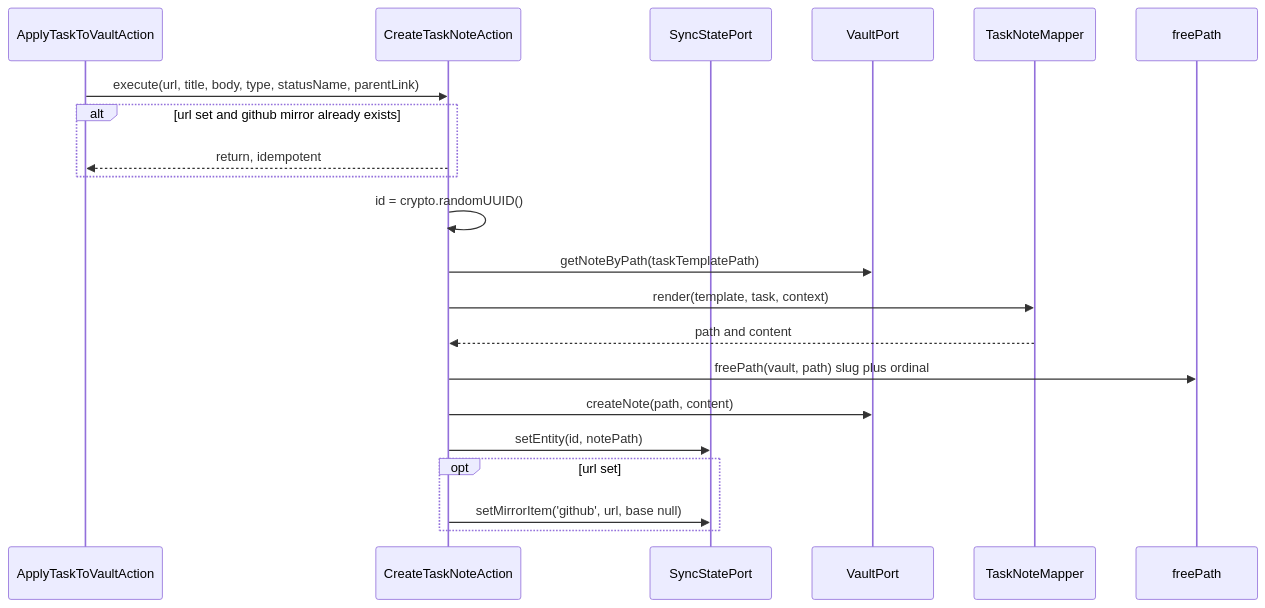
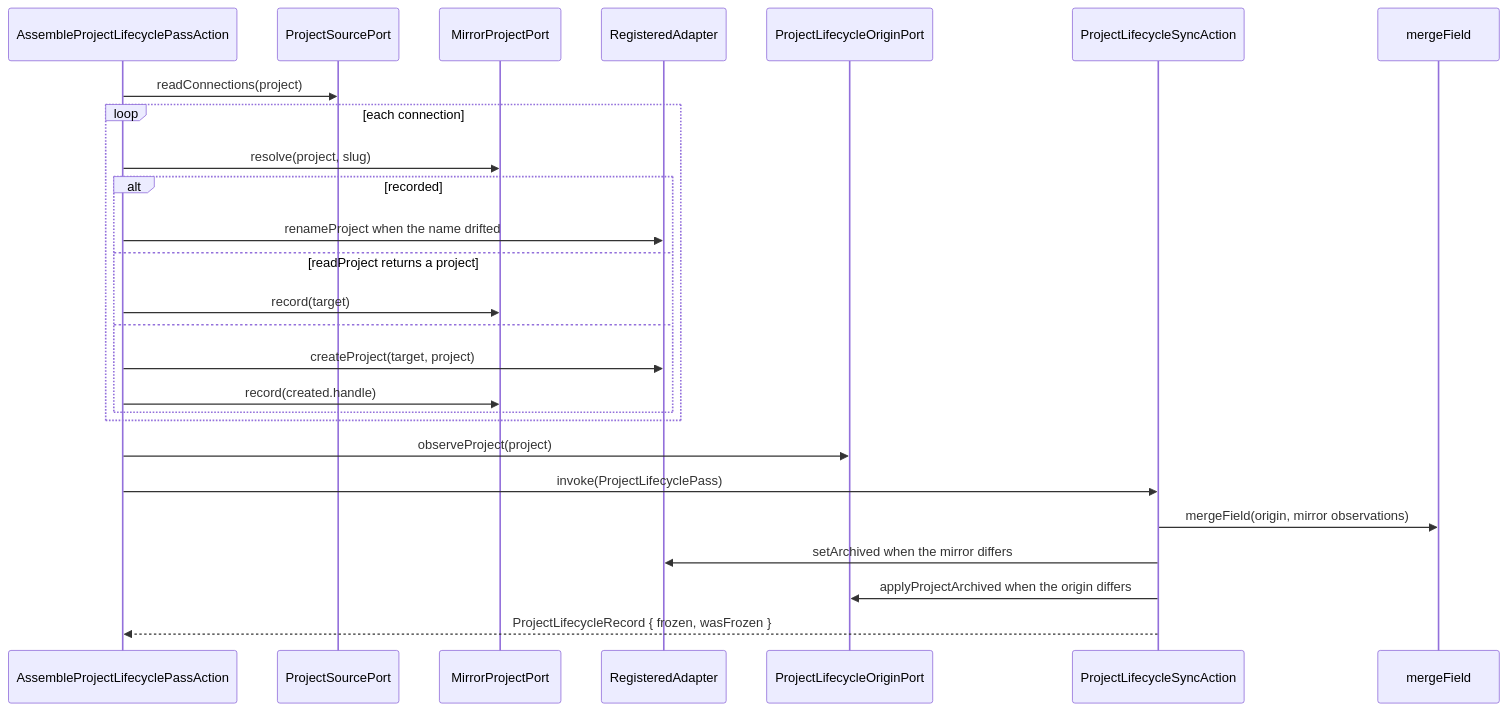
One commit to 99linesofcode/obsidian-project-management changed the seventh of 18 diagrams in docs/developer-manual.md. Above: the diagram before and after it, drawn with Mermaid. The commit also changed other lines of this file and 1 other file, not shown here.

First line of the commit message:
docs: rewrite the manual and architecture for the multi-adapter core

````diff
--- a/docs/developer-manual.md
+++ b/docs/developer-manual.md
@@ -470,24 +415,29 @@
 ```mermaid
 sequenceDiagram
-  participant Caller as ApplyTaskToVaultAction
-  participant C as CreateTaskNoteAction
-  participant SS as SyncStatePort
-  participant V as VaultPort
-  participant M as TaskNoteMapper
-  participant FP as freePath
+  participant A as AssembleProjectLifecyclePassAction
+  participant PS as ProjectSourcePort
+  participant MP as MirrorProjectPort
+  participant R as RegisteredAdapter
+  participant O as ProjectLifecycleOriginPort
+  participant LS as ProjectLifecycleSyncAction
+  participant MF as mergeField
 
-  Caller->>C: execute(url, title, body, type, statusName, parentLink)
-  alt url set and github mirror already exists
-    C-->>Caller: return, idempotent
+  A->>PS: readConnections(project)
+  loop each connection
+    A->>MP: resolve(project, slug)
+    alt recorded
+      A->>R: renameProject when the name drifted
+    else readProject returns a project
+      A->>MP: record(target)
+    else
+      A->>R: createProject(target, project)
+      A->>MP: record(created.handle)
+    end
   end
-  C->>C: id = crypto.randomUUID()
-  C->>V: getNoteByPath(taskTemplatePath)
-  C->>M: render(template, task, context)
-  M-->>C: path and content
-  C->>FP: freePath(vault, path) slug plus ordinal
-  C->>V: createNote(path, content)
-  C->>SS: setEntity(id, notePath)
-  opt url set
-    C->>SS: setMirrorItem('github', url, base null)
-  end
+  A->>O: observeProject(project)
+  A->>LS: invoke(ProjectLifecyclePass)
+  LS->>MF: mergeField(origin, mirror observations)
+  LS->>R: setArchived when the mirror differs
+  LS->>O: applyProjectArchived when the origin differs
+  LS-->>A: ProjectLifecycleRecord { frozen, wasFrozen }
 ```
````
